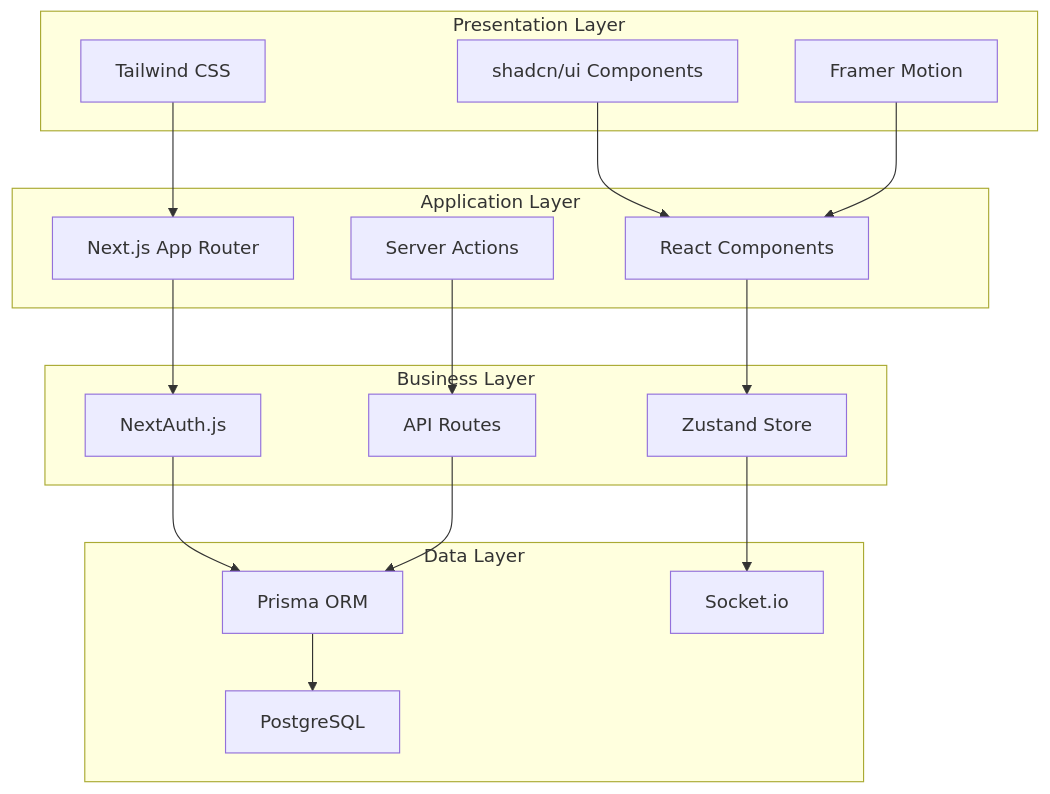
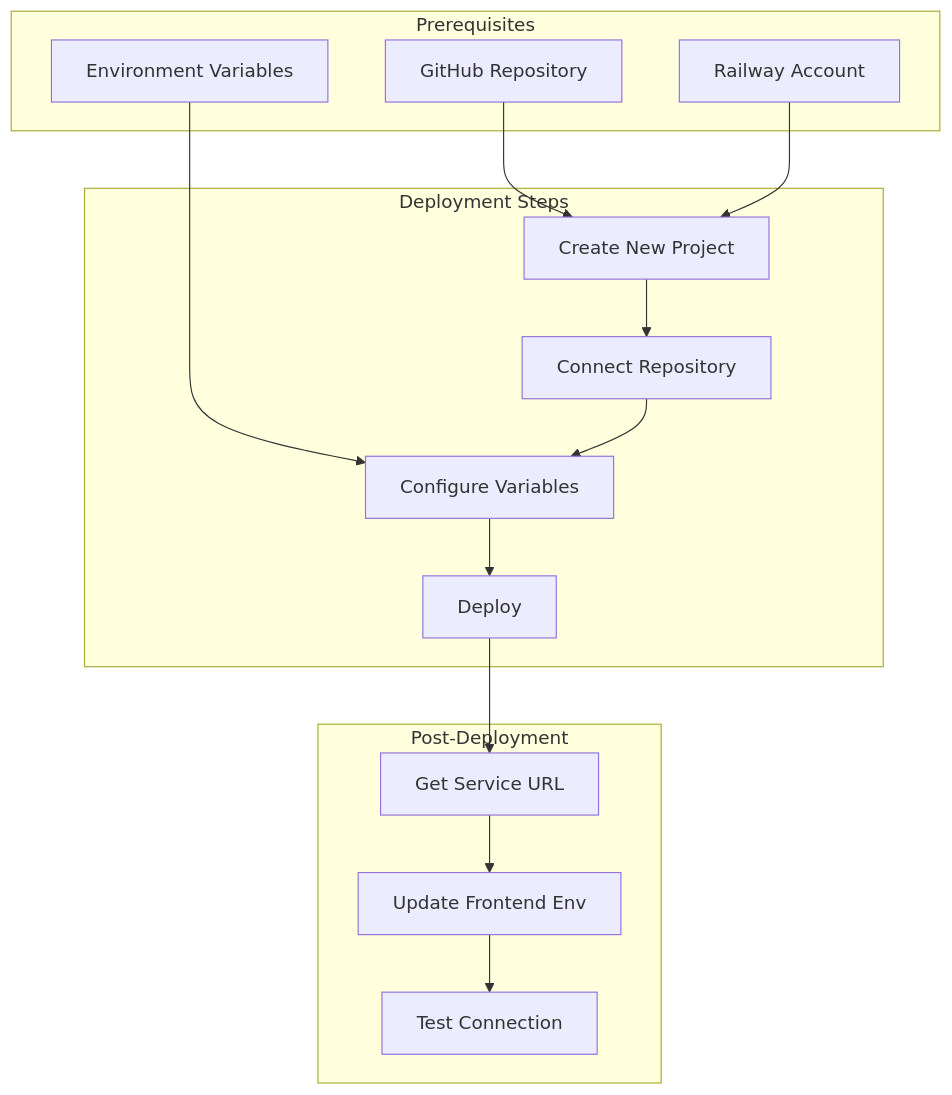
The sixth of 10 diagrams in README.md (anshsharmacse/taskflow-socket), drawn with Mermaid before and after one commit. The commit also changed other lines of this file, not shown here.

````diff
--- a/README.md
+++ b/README.md
@@ -362,37 +298,27 @@
 ```mermaid
-graph TB
-    subgraph "Presentation Layer"
-        P1[Tailwind CSS]
-        P2[shadcn/ui Components]
-        P3[Framer Motion]
+flowchart TD
+    subgraph "Prerequisites"
+        P1[GitHub Repository]
+        P2[Railway Account]
+        P3[Environment Variables]
     end
     
-    subgraph "Application Layer"
-        A1[Next.js App Router]
-        A2[React Components]
-        A3[Server Actions]
+    subgraph "Deployment Steps"
+        D1[Create New Project]
+        D2[Connect Repository]
+        D3[Configure Variables]
+        D4[Deploy]
     end
     
-    subgraph "Business Layer"
-        B1[NextAuth.js]
-        B2[Zustand Store]
-        B3[API Routes]
+    subgraph "Post-Deployment"
+        PD1[Get Service URL]
+        PD2[Update Frontend Env]
+        PD3[Test Connection]
     end
     
-    subgraph "Data Layer"
-        D1[Prisma ORM]
-        D2[PostgreSQL]
-        D3[Socket.io]
-    end
-    
-    P1 --> A1
-    P2 --> A2
-    P3 --> A2
-    A1 --> B1
-    A2 --> B2
-    A3 --> B3
-    B1 --> D1
-    B2 --> D3
-    B3 --> D1
-    D1 --> D2
+    P1 --> D1
+    P2 --> D1
+    P3 --> D3
+    D1 --> D2 --> D3 --> D4
+    D4 --> PD1 --> PD2 --> PD3
 ```
````
